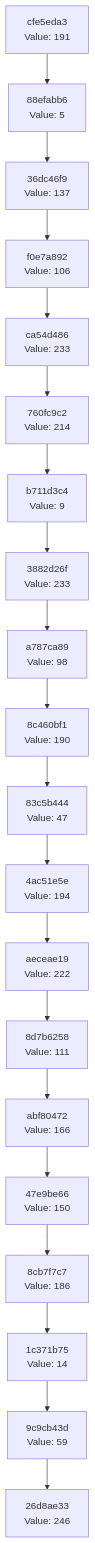
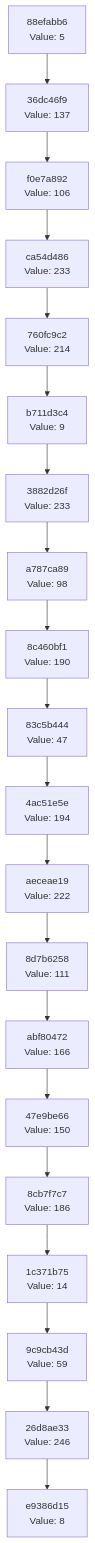
One commit to Abhisheksinha1506/hash-chain-evolver changed the diagram in docs/CHAIN_VISUALIZATION.md. Above: the diagram before and after it, drawn with Mermaid. The commit also changed 2 other files, not shown here.

Commit message:
Evolution Step

````diff
--- a/docs/CHAIN_VISUALIZATION.md
+++ b/docs/CHAIN_VISUALIZATION.md
@@ -3,42 +3,42 @@
 ```mermaid
 graph TD
-    C0["26d8ae33<br/>Value: 246"]
-    C1["9c9cb43d<br/>Value: 59"]
+    C0["e9386d15<br/>Value: 8"]
+    C1["26d8ae33<br/>Value: 246"]
     C1 --> C0
-    C2["1c371b75<br/>Value: 14"]
+    C2["9c9cb43d<br/>Value: 59"]
     C2 --> C1
-    C3["8cb7f7c7<br/>Value: 186"]
+    C3["1c371b75<br/>Value: 14"]
     C3 --> C2
-    C4["47e9be66<br/>Value: 150"]
+    C4["8cb7f7c7<br/>Value: 186"]
     C4 --> C3
-    C5["abf80472<br/>Value: 166"]
+    C5["47e9be66<br/>Value: 150"]
     C5 --> C4
-    C6["8d7b6258<br/>Value: 111"]
+    C6["abf80472<br/>Value: 166"]
     C6 --> C5
-    C7["aeceae19<br/>Value: 222"]
+    C7["8d7b6258<br/>Value: 111"]
     C7 --> C6
-    C8["4ac51e5e<br/>Value: 194"]
+    C8["aeceae19<br/>Value: 222"]
     C8 --> C7
-    C9["83c5b444<br/>Value: 47"]
+    C9["4ac51e5e<br/>Value: 194"]
     C9 --> C8
-    C10["8c460bf1<br/>Value: 190"]
+    C10["83c5b444<br/>Value: 47"]
     C10 --> C9
-    C11["a787ca89<br/>Value: 98"]
+    C11["8c460bf1<br/>Value: 190"]
     C11 --> C10
-    C12["3882d26f<br/>Value: 233"]
+    C12["a787ca89<br/>Value: 98"]
     C12 --> C11
-    C13["b711d3c4<br/>Value: 9"]
+    C13["3882d26f<br/>Value: 233"]
     C13 --> C12
-    C14["760fc9c2<br/>Value: 214"]
+    C14["b711d3c4<br/>Value: 9"]
     C14 --> C13
-    C15["ca54d486<br/>Value: 233"]
+    C15["760fc9c2<br/>Value: 214"]
     C15 --> C14
-    C16["f0e7a892<br/>Value: 106"]
+    C16["ca54d486<br/>Value: 233"]
     C16 --> C15
-    C17["36dc46f9<br/>Value: 137"]
+    C17["f0e7a892<br/>Value: 106"]
     C17 --> C16
-    C18["88efabb6<br/>Value: 5"]
+    C18["36dc46f9<br/>Value: 137"]
     C18 --> C17
-    C19["cfe5eda3<br/>Value: 191"]
+    C19["88efabb6<br/>Value: 5"]
     C19 --> C18
 ```
````
